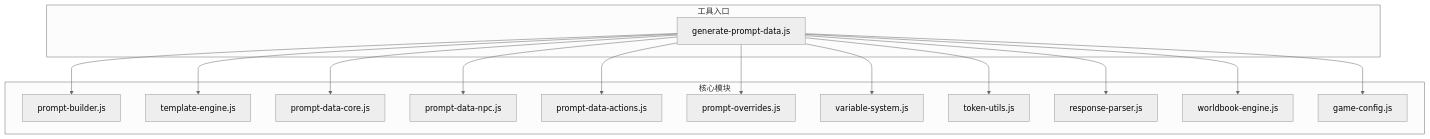
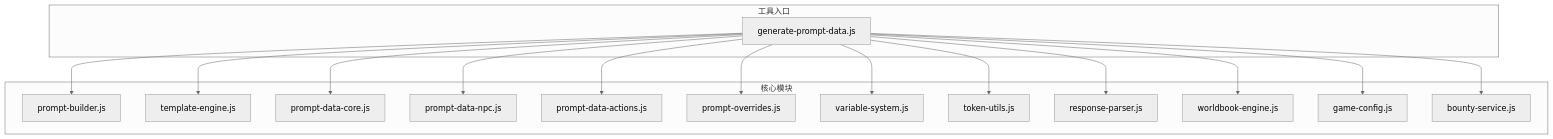
The first of 4 diagrams in .qoder/repowiki/zh/content/开发工具/提示词数据生成工具.md (Ji-Haitang/char_card_1), drawn with Mermaid (neutral theme) before and after one commit. The commit also changed other lines of this file and 45 other files, not shown here.

````diff
--- a/.qoder/repowiki/zh/content/开发工具/提示词数据生成工具.md
+++ b/.qoder/repowiki/zh/content/开发工具/提示词数据生成工具.md
@@ -39,30 +46,32 @@
 ```mermaid
 graph TB
 subgraph "工具入口"
 GPD["generate-prompt-data.js"]
 end
 subgraph "核心模块"
 PB["prompt-builder.js"]
 TE["template-engine.js"]
 PDC["prompt-data-core.js"]
 PDN["prompt-data-npc.js"]
 PDA["prompt-data-actions.js"]
 PO["prompt-overrides.js"]
 VS["variable-system.js"]
 TU["token-utils.js"]
 RP["response-parser.js"]
 WB["worldbook-engine.js"]
 GC["game-config.js"]
+BS["bounty-service.js"]
 end
 GPD --> PB
 GPD --> TE
 GPD --> PDC
 GPD --> PDN
 GPD --> PDA
 GPD --> PO
 GPD --> VS
 GPD --> TU
 GPD --> RP
 GPD --> WB
 GPD --> GC
+GPD --> BS
 ```
````
